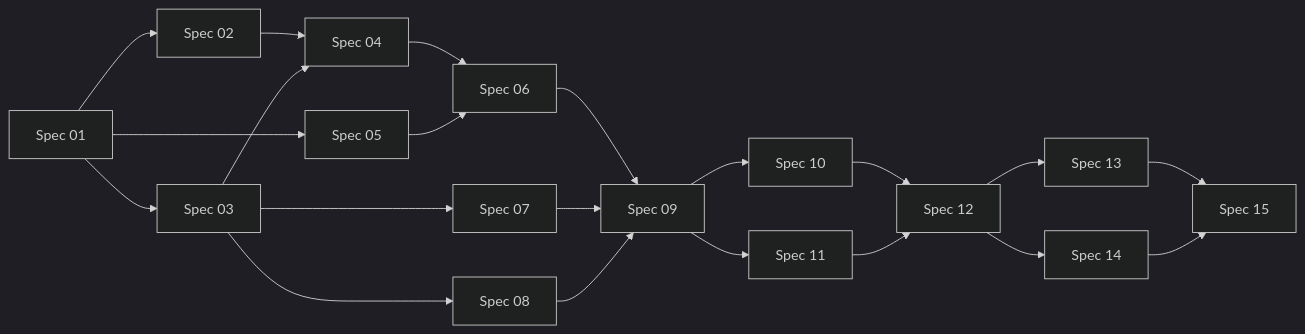
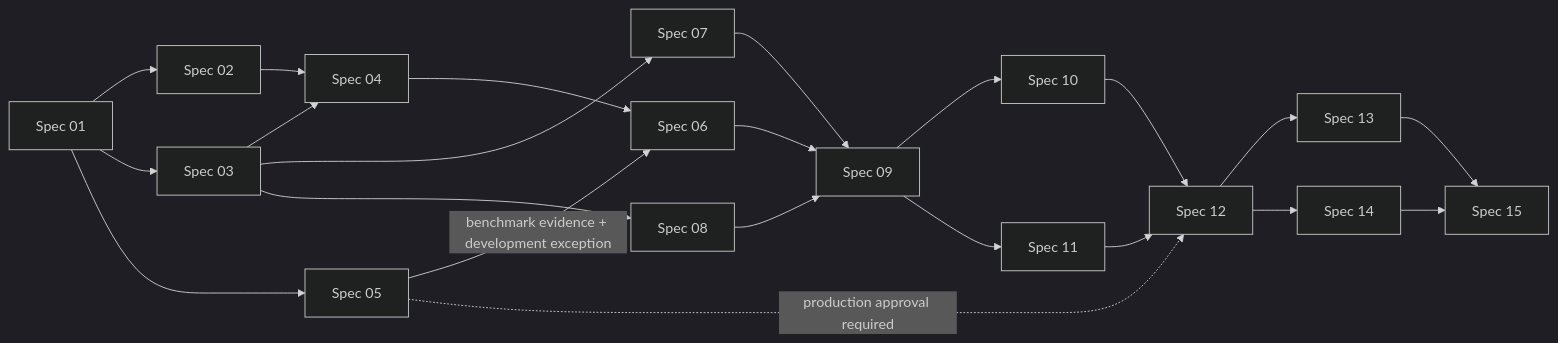
Before and after one commit to arslanberatt/mistaken: the diagram in docs/context/spec-plan.md, drawn with Mermaid (dark theme). The commit also changed other lines of this file and 12 other files, not shown here.

Commit message:
Formalize development-only ASR dependency exception

````diff
--- a/docs/context/spec-plan.md
+++ b/docs/context/spec-plan.md
@@ -55,23 +55,24 @@
 ```mermaid
 flowchart LR
   S01[Spec 01] --> S02[Spec 02]
   S01 --> S03[Spec 03]
   S01 --> S05[Spec 05]
   S02 --> S04[Spec 04]
   S03 --> S04
   S04 --> S06[Spec 06]
-  S05 --> S06
+  S05 -->|benchmark evidence + development exception| S06
   S03 --> S07[Spec 07]
   S03 --> S08[Spec 08]
   S06 --> S09[Spec 09]
   S07 --> S09
   S08 --> S09
   S09 --> S10[Spec 10]
   S09 --> S11[Spec 11]
   S10 --> S12[Spec 12]
   S11 --> S12
   S12 --> S13[Spec 13]
   S12 --> S14[Spec 14]
   S13 --> S15[Spec 15]
   S14 --> S15
+  S05 -.->|production approval required| S12
 ```
````
